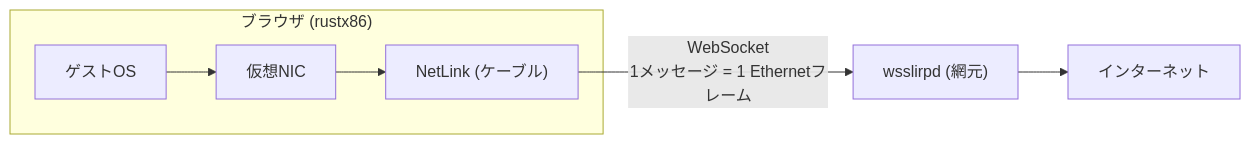
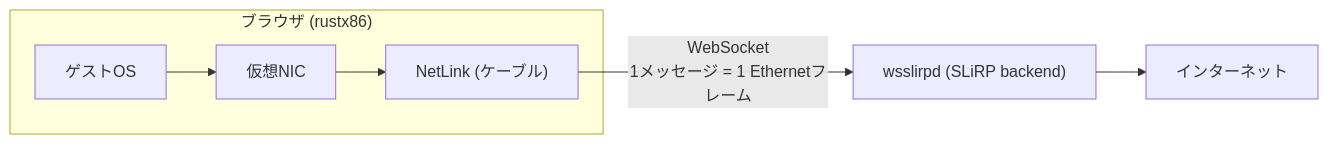
Before and after one commit to yoshiharu-ishii/rustx86: the diagram in docs/explanation/network.md, drawn with Mermaid. The commit also changed other lines of this file and 6 other files, not shown here.

First line of the commit message:
「網元」をやめて SLiRP backend と呼ぶ

````diff
--- a/docs/explanation/network.md
+++ b/docs/explanation/network.md
@@ -7,9 +12,9 @@
 ```mermaid
 flowchart LR
     subgraph browser["ブラウザ (rustx86)"]
         guest["ゲストOS"] --> nic["仮想NIC"]
         nic --> link["NetLink (ケーブル)"]
     end
-    link -- "WebSocket<br/>1メッセージ = 1 Ethernetフレーム" --> slirp["wsslirpd (網元)"]
+    link -- "WebSocket<br/>1メッセージ = 1 Ethernetフレーム" --> slirp["wsslirpd (SLiRP backend)"]
     slirp --> inet["インターネット"]
 ```
````
